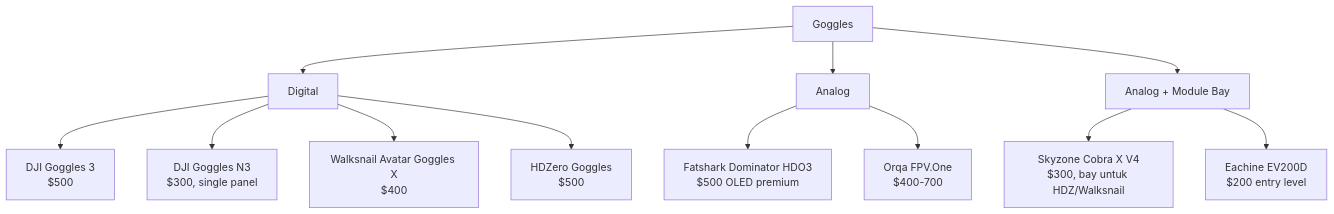
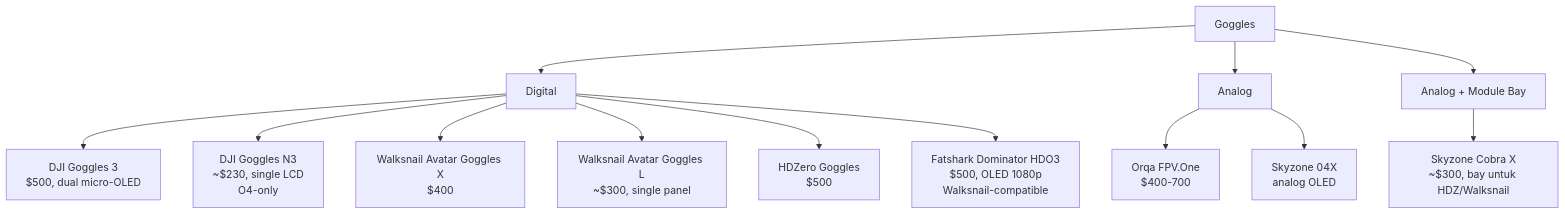
One commit to edhotp/Belajar-FPV-Long-Range changed the fifth of 7 diagrams in learning/04-video-system.md. Above: the diagram before and after it, drawn with Mermaid. The commit also changed other lines of this file and 1 other file, not shown here.

Commit message:
docs(learning): koreksi rekomendasi hardware setelah cross-check sumber
- Modul 4 (goggles): perbaiki harga DJI Goggles N3 (~$230, bukan $300),
  pindahkan Fatshark HDO3 dari 'Analog' ke 'Digital' (HDO3 sebenarnya
  digital 1080p Walksnail-compatible), tambah catatan kompatibilitas
  N3 hanya untuk DJI O4/Avata 2/Neo. Hapus Eachine EV200D (sulit
  diverifikasi sebagai produk current).
- Modul 3 (radio link): pisahkan RP4TD ke section Gemini (2.4 GHz
  true-diversity, bukan dual band 2.4+900), perjelas bahwa true
  dual-band RX paling matang per 2026 hanya BetaFPV SuperD, hapus
  klaim 'RadioMaster Bandit Dual Band' (tidak ada produk dengan nama
  itu) dan klarifikasi bahwa Happymodel ES24TX adalah TX module
  bukan RX.

Verified against: Oscar Liang, RadioMaster RC official, ExpressLRS
docs, Fatshark, fpvwiki.co.uk.

````diff
--- a/learning/04-video-system.md
+++ b/learning/04-video-system.md
@@ -169,17 +169,18 @@
 ```mermaid
 flowchart TD
     G[Goggles] --> Digital[Digital]
     G --> Analog[Analog]
     G --> Hybrid[Analog + Module Bay]
     
-    Digital --> DJI3[DJI Goggles 3<br/>$500]
-    Digital --> DJIN3[DJI Goggles N3<br/>$300, single panel]
+    Digital --> DJI3[DJI Goggles 3<br/>$500, dual micro-OLED]
+    Digital --> DJIN3[DJI Goggles N3<br/>~$230, single LCD<br/>O4-only]
     Digital --> WSX[Walksnail Avatar Goggles X<br/>$400]
+    Digital --> WSL[Walksnail Avatar Goggles L<br/>~$300, single panel]
     Digital --> HDZG[HDZero Goggles<br/>$500]
+    Digital --> FatHDO3[Fatshark Dominator HDO3<br/>$500, OLED 1080p<br/>Walksnail-compatible]
     
-    Analog --> Fat[Fatshark Dominator HDO3<br/>$500 OLED premium]
     Analog --> Orqa[Orqa FPV.One<br/>$400-700]
+    Analog --> Skyz04X[Skyzone 04X<br/>analog OLED]
     
-    Hybrid --> Skyzone[Skyzone Cobra X V4<br/>$300, bay untuk HDZ/Walksnail]
-    Hybrid --> Eachine[Eachine EV200D<br/>$200 entry level]
+    Hybrid --> Skyzone[Skyzone Cobra X<br/>~$300, bay untuk HDZ/Walksnail]
 ```
````
